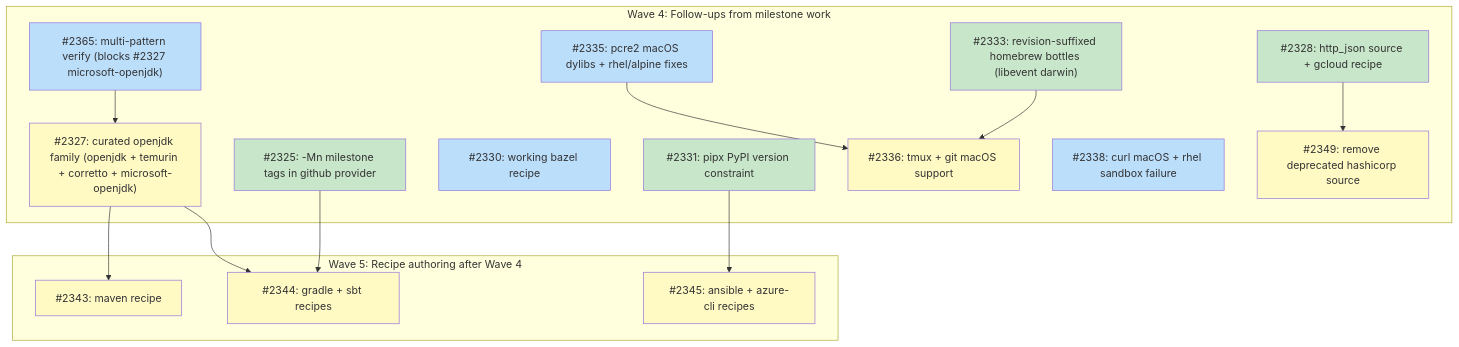
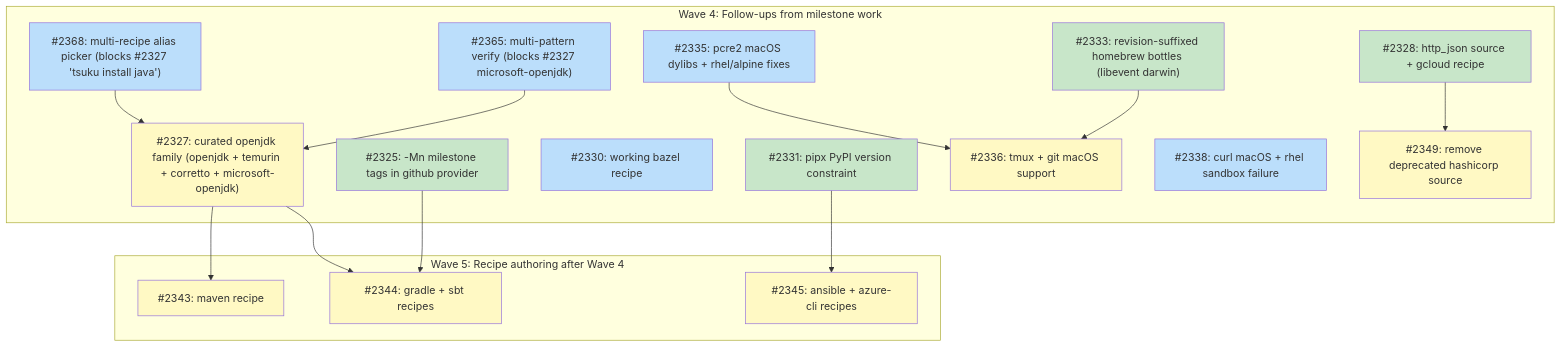
Before and after one commit to tsukumogami/tsuku: the diagram in docs/plans/PLAN-curated-recipes.md, drawn with Mermaid. The commit also changed other lines of this file, not shown here.

````diff
--- a/docs/plans/PLAN-curated-recipes.md
+++ b/docs/plans/PLAN-curated-recipes.md
@@ -142,46 +144,48 @@
 ```mermaid
 graph TD
     subgraph wave4 ["Wave 4: Follow-ups from milestone work"]
         I2325["#2325: -Mn milestone tags in github provider"]
         I2327["#2327: curated openjdk family (openjdk + temurin + corretto + microsoft-openjdk)"]
         I2328["#2328: http_json source + gcloud recipe"]
         I2330["#2330: working bazel recipe"]
         I2331["#2331: pipx PyPI version constraint"]
         I2333["#2333: revision-suffixed homebrew bottles (libevent darwin)"]
         I2335["#2335: pcre2 macOS dylibs + rhel/alpine fixes"]
         I2336["#2336: tmux + git macOS support"]
         I2338["#2338: curl macOS + rhel sandbox failure"]
         I2349["#2349: remove deprecated hashicorp source"]
         I2365["#2365: multi-pattern verify (blocks #2327 microsoft-openjdk)"]
+        I2368["#2368: multi-recipe alias picker (blocks #2327 'tsuku install java')"]
     end
 
     subgraph wave5 ["Wave 5: Recipe authoring after Wave 4"]
         I2343["#2343: maven recipe"]
         I2344["#2344: gradle + sbt recipes"]
         I2345["#2345: ansible + azure-cli recipes"]
     end
 
     I2333 --> I2336
     I2335 --> I2336
 
     I2365 --> I2327
+    I2368 --> I2327
     I2327 --> I2343
     I2325 --> I2344
     I2327 --> I2344
     I2331 --> I2345
     I2328 --> I2349
 
     classDef done fill:#c8e6c9
     classDef ready fill:#bbdefb
     classDef blocked fill:#fff9c4
     classDef needsDesign fill:#e1bee7
     classDef needsPrd fill:#b3e5fc
     classDef needsSpike fill:#ffcdd2
     classDef needsDecision fill:#d1c4e9
     classDef tracksDesign fill:#FFE0B2,stroke:#F57C00,color:#000
     classDef tracksPlan fill:#FFE0B2,stroke:#F57C00,color:#000
 
     class I2325,I2328,I2331,I2333 done
-    class I2330,I2335,I2338,I2365 ready
+    class I2330,I2335,I2338,I2365,I2368 ready
     class I2327,I2336,I2343,I2344,I2345,I2349 blocked
 ```
````
